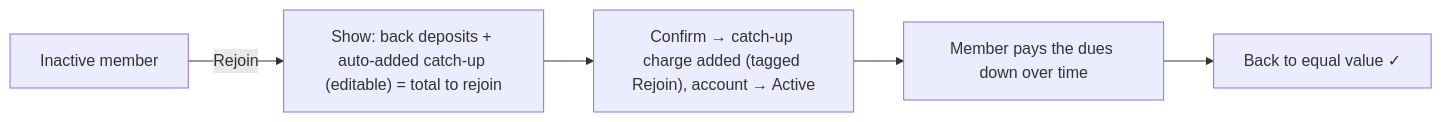
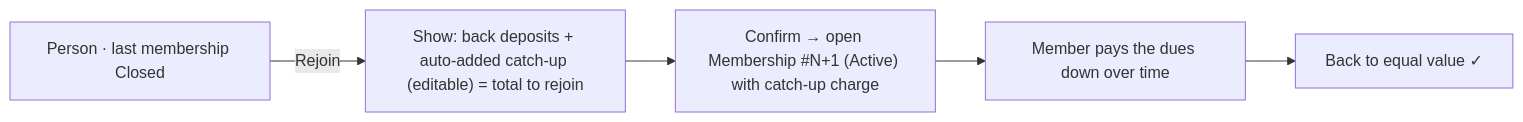
Before and after one commit to iam-hussain/peacock: diagram 11 of 13 in docs/PRODUCT.md, drawn with Mermaid. The commit also changed other lines of this file and 5 other files, not shown here.

````diff
--- a/docs/PRODUCT.md
+++ b/docs/PRODUCT.md
@@ -479,7 +498,7 @@
 ```mermaid
 flowchart LR
-  FROZEN["Inactive member"] -->|Rejoin| FORM["Show: back deposits + auto-added catch-up (editable) = total to rejoin"]
-  FORM --> CONFIRM["Confirm → catch-up charge added (tagged Rejoin), account → Active"]
+  CLOSED["Person · last membership Closed"] -->|Rejoin| FORM["Show: back deposits + auto-added catch-up (editable) = total to rejoin"]
+  FORM --> CONFIRM["Confirm → open Membership #N+1 (Active) with catch-up charge"]
   CONFIRM --> PAYDOWN["Member pays the dues down over time"]
   PAYDOWN --> EQ["Back to equal value ✓"]
 ```
````
